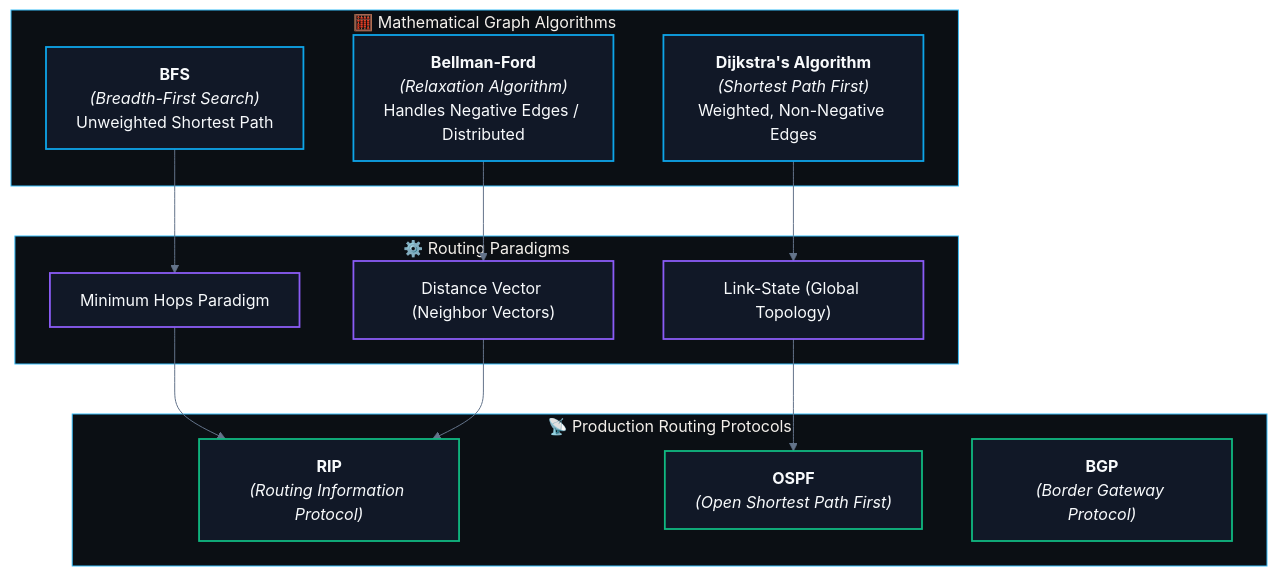
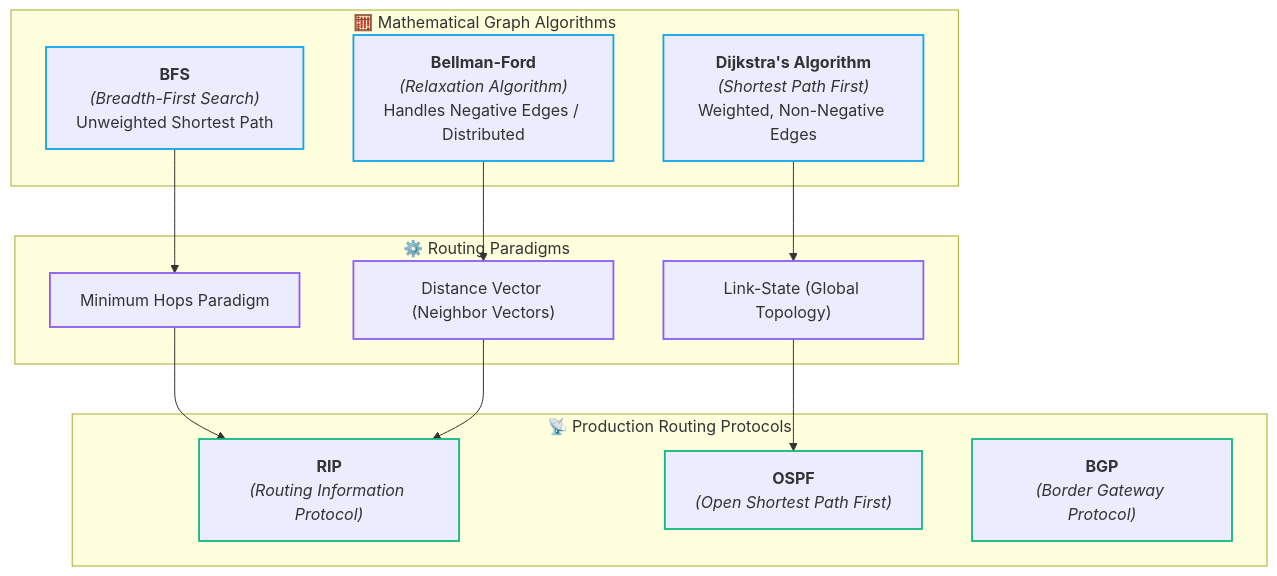
The diagram in CS/Computer Networking/04. Routing & Network Layer/01. Routing Fundamentals - Routing vs Forwarding and Graph Models.md (abhinavbharti2345/CS_Notes), drawn with Mermaid before and after one commit. The commit also changed 91 other files, not shown here.

````diff
--- a/CS/Computer Networking/04. Routing & Network Layer/01. Routing Fundamentals - Routing vs Forwarding and Graph Models.md
+++ b/CS/Computer Networking/04. Routing & Network Layer/01. Routing Fundamentals - Routing vs Forwarding and Graph Models.md
@@ -151,33 +151,32 @@
 ```mermaid
-%%{init: {'theme': 'base', 'themeVariables': { 'darkMode': true, 'background': '#0B0F14', 'mainBkg': '#111827', 'primaryColor': '#111827', 'primaryTextColor': '#F8FAFC', 'primaryBorderColor': '#38BDF8', 'lineColor': '#64748B', 'secondaryColor': '#0B0F14', 'tertiaryColor': '#0B0F14', 'clusterBkg': '#0B0F14', 'clusterBorder': '#38BDF8' }}}%%
 flowchart TD
     subgraph Algorithms["🧮 Mathematical Graph Algorithms"]
         BFS["<b>BFS</b><br><i>(Breadth-First Search)</i><br>Unweighted Shortest Path"]
         Dijkstra["<b>Dijkstra's Algorithm</b><br><i>(Shortest Path First)</i><br>Weighted, Non-Negative Edges"]
         BF["<b>Bellman-Ford</b><br><i>(Relaxation Algorithm)</i><br>Handles Negative Edges / Distributed"]
     end
 
     subgraph Paradigms["⚙️ Routing Paradigms"]
         HopCount["Minimum Hops Paradigm"]
         LinkState["Link-State (Global Topology)"]
         DistanceVector["Distance Vector (Neighbor Vectors)"]
     end
 
     subgraph Protocols["📡 Production Routing Protocols"]
         RIP["<b>RIP</b><br><i>(Routing Information Protocol)</i>"]
         OSPF["<b>OSPF</b><br><i>(Open Shortest Path First)</i>"]
         BGP["<b>BGP</b><br><i>(Border Gateway Protocol)</i>"]
     end
 
     BFS --> HopCount --> RIP
     Dijkstra --> LinkState --> OSPF
     BF --> DistanceVector --> RIP
 
-    classDef alg fill:#111827,stroke:#0ea5e9,stroke-width:1.8px,color:#F8FAFC;
-    classDef par fill:#111827,stroke:#8b5cf6,stroke-width:1.8px,color:#F8FAFC;
-    classDef pro fill:#111827,stroke:#10b981,stroke-width:1.8px,color:#F8FAFC;
+    classDef alg stroke:#0ea5e9,stroke-width:1.8px;
+    classDef par stroke:#8b5cf6,stroke-width:1.8px;
+    classDef pro stroke:#10b981,stroke-width:1.8px;
 
     class BFS,Dijkstra,BF alg;
     class HopCount,LinkState,DistanceVector par;
     class RIP,OSPF,BGP pro;
 ```
````
